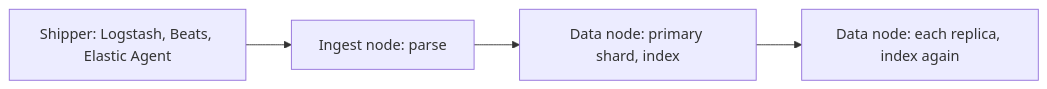
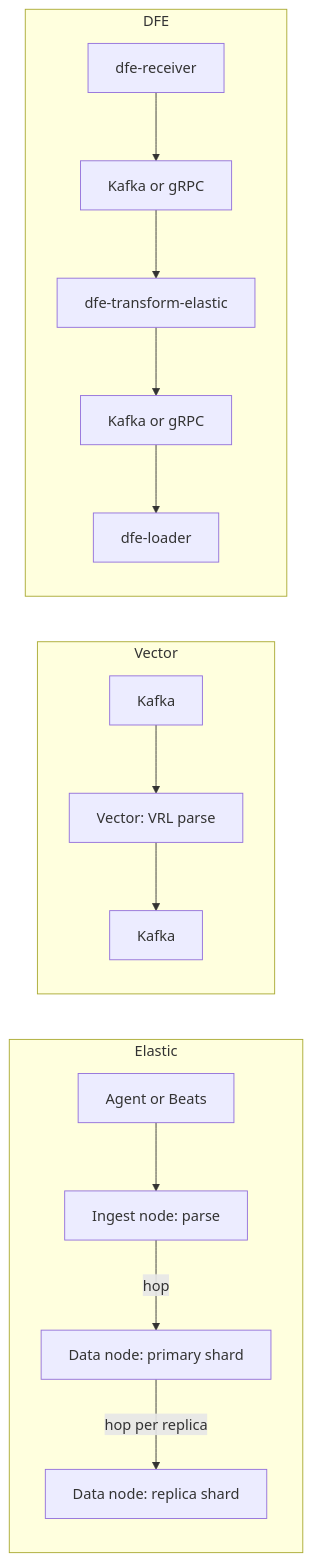
One commit to hyperi-io/dfe-transform-elastic changed the diagram in docs/ingest-cost-bench-elastic.md. Above: the diagram before and after it, drawn with Mermaid. The commit also changed other lines of this file and 41 other files, not shown here.

First line of the commit message:
docs(bench): restyle ingest cost page with charts and source stats

````diff
--- a/docs/ingest-cost-bench-elastic.md
+++ b/docs/ingest-cost-bench-elastic.md
@@ -102,6 +38,14 @@
 ```mermaid
 flowchart LR
-    S[Shipper: Logstash, Beats, Elastic Agent] --> I[Ingest node: parse]
-    I --> P[Data node: primary shard, index]
-    P --> R[Data node: each replica, index again]
+    subgraph Elastic
+        EA[Agent or Beats] --> EI[Ingest node: parse]
+        EI -->|hop| ED[Data node: primary shard]
+        ED -->|hop per replica| ER[Data node: replica shard]
+    end
+    subgraph Vector
+        VK1[Kafka] --> VV[Vector: VRL parse] --> VK2[Kafka]
+    end
+    subgraph DFE
+        DR[dfe-receiver] --> DK1[Kafka or gRPC] --> DT[dfe-transform-elastic] --> DK2[Kafka or gRPC] --> DL[dfe-loader]
+    end
 ```
````
